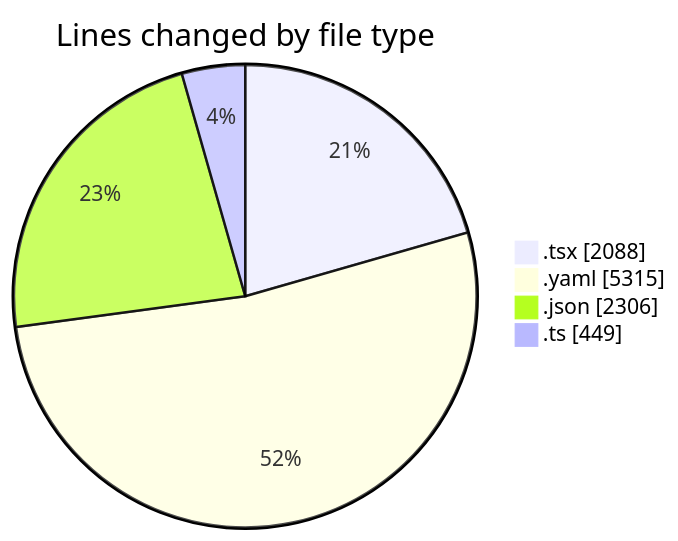
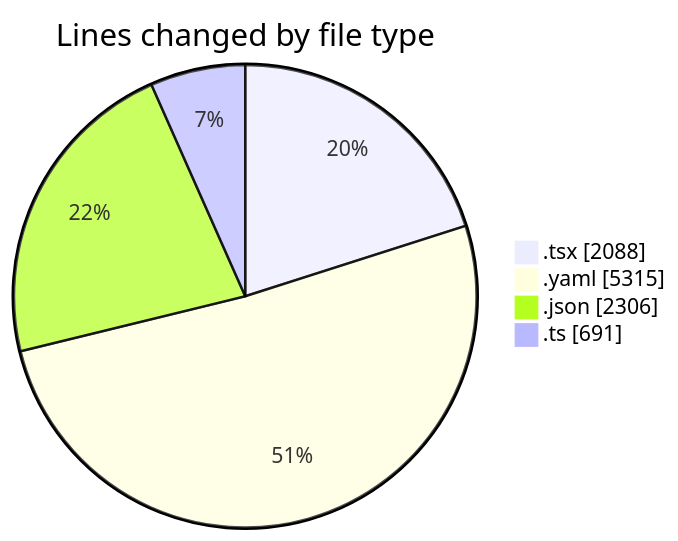
The first of 2 diagrams in 2025-11-07/eventscop-frontend-guide__workspace_/README.md (julien-gomy/code-tracking), drawn with Mermaid before and after one commit. The commit also changed other lines of this file and 1 other file, not shown here.

````diff
--- a/2025-11-07/eventscop-frontend-guide__workspace_/README.md
+++ b/2025-11-07/eventscop-frontend-guide__workspace_/README.md
@@ -45,8 +46,8 @@
 ```mermaid
 pie showData
 title Lines changed by file type
 ".tsx" : 2088
 ".yaml" : 5315
 ".json" : 2306
-".ts" : 449
+".ts" : 691
 ```
````
